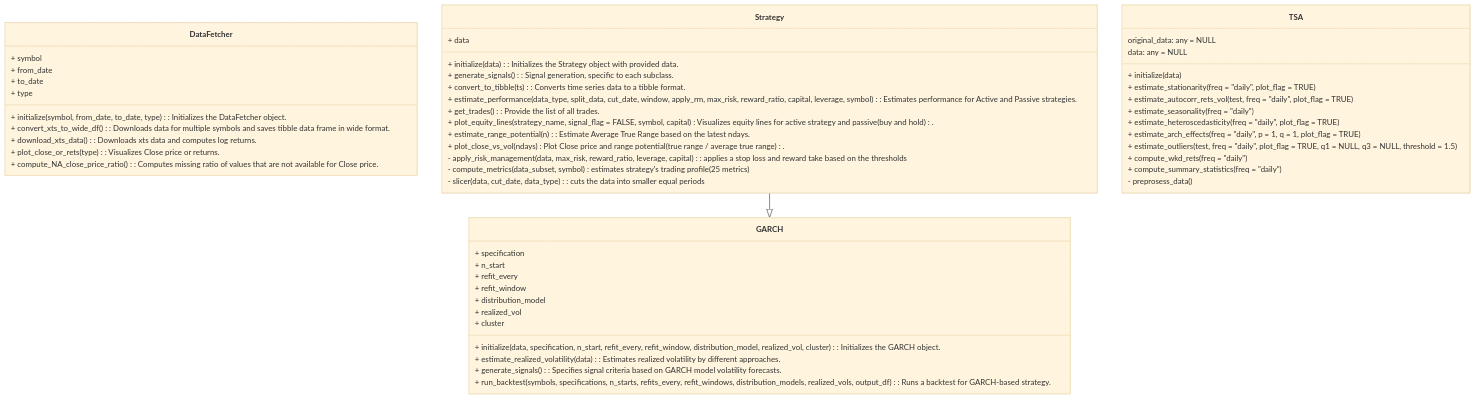
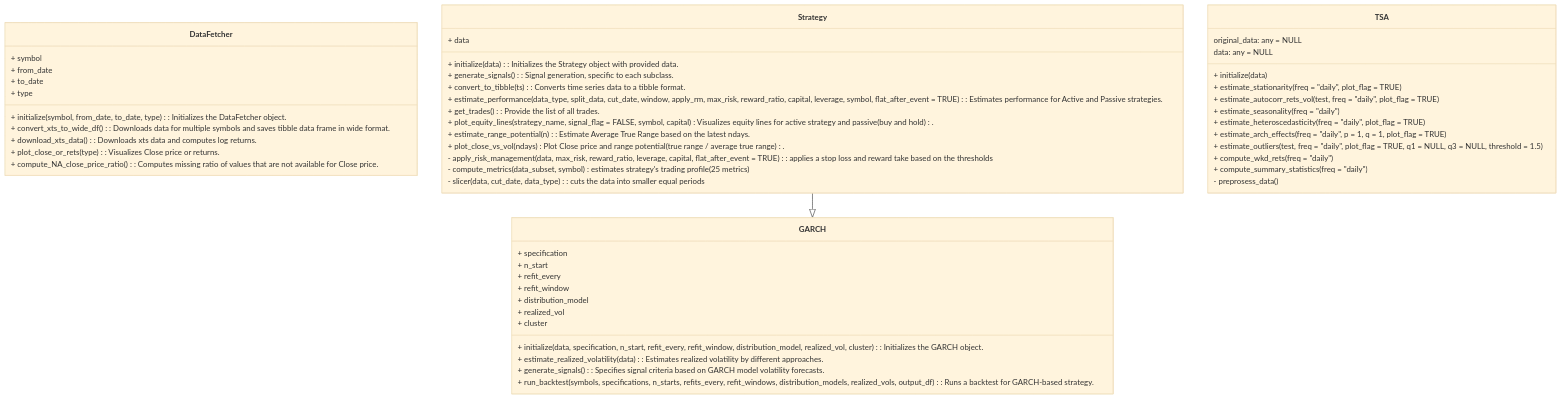
One commit to kraif999/ATS changed the second of 2 diagrams in README.md. Above: the diagram before and after it, drawn with Mermaid (base theme). The commit also changed other lines of this file and 7 other files, not shown here.

Commit message:
Update of apply_risk_management() private method: add flat_after_event function argument (stay flat or re-enter the position after stop loss or profit take event occur; adding this to SMA1 run_backtest() method

````diff
--- a/README.md
+++ b/README.md
@@ -64,61 +65,61 @@
 ```mermaid
 classDiagram
 
    class DataFetcher {
         + symbol
         + from_date
         + to_date
         + type
         + initialize(symbol, from_date, to_date, type): Initializes the DataFetcher object.
         + convert_xts_to_wide_df(): Downloads data for multiple symbols and saves tibble data frame in wide format.
         + download_xts_data(): Downloads xts data and computes log returns.
         + plot_close_or_rets(type): Visualizes Close price or returns.
         + compute_NA_close_price_ratio(): Computes missing ratio of values that are not available for Close price.
     }
     class Strategy {
         + data
         + initialize(data) : Initializes the Strategy object with provided data.
         + generate_signals() : Signal generation, specific to each subclass.
         + convert_to_tibble(ts) : Converts time series data to a tibble format.
-        + estimate_performance(data_type, split_data, cut_date, window, apply_rm, max_risk, reward_ratio, capital, leverage, symbol) : Estimates performance for Active and Passive strategies.
+        + estimate_performance(data_type, split_data, cut_date, window, apply_rm, max_risk, reward_ratio, capital, leverage, symbol, flat_after_event = TRUE) : Estimates performance for Active and Passive strategies.
         + get_trades() : Provide the list of all trades.
         + plot_equity_lines(strategy_name, signal_flag = FALSE, symbol, capital) : Visualizes equity lines for active strategy and passive (buy and hold).
         + estimate_range_potential(n) : Estimate Average True Range based on the latest ndays.
         + plot_close_vs_vol(ndays) : Plot Close price and range potential (true range / average true range).
-        - apply_risk_management(data, max_risk, reward_ratio, leverage, capital) : applies a stop loss and reward take based on the thresholds
+        - apply_risk_management(data, max_risk, reward_ratio, leverage, capital, flat_after_event = TRUE) : applies a stop loss and reward take based on the thresholds
         - compute_metrics(data_subset, symbol) : estimates strategy's trading profile (25 metrics)
         - slicer(data, cut_date, data_type) : cuts the data into smaller equal periods
     }
 
     class TSA {
         original_data: any = NULL
         data: any = NULL
         + initialize(data)
         + estimate_stationarity(freq = "daily", plot_flag = TRUE)
         + estimate_autocorr_rets_vol(test, freq = "daily", plot_flag = TRUE)
         + estimate_seasonality(freq = "daily")
         + estimate_heteroscedasticity(freq = "daily", plot_flag = TRUE)
         + estimate_arch_effects(freq = "daily", p = 1, q = 1, plot_flag = TRUE)
         + estimate_outliers(test, freq = "daily", plot_flag = TRUE, q1 = NULL, q3 = NULL, threshold = 1.5)
         + compute_wkd_rets(freq = "daily")
         + compute_summary_statistics(freq = "daily")
         - preprosess_data()
     }
 
     class GARCH {
         + specification
         + n_start
         + refit_every
         + refit_window
         + distribution_model
         + realized_vol
         + cluster
         + initialize(data, specification, n_start, refit_every, refit_window, distribution_model, realized_vol, cluster) : Initializes the GARCH object.
         + estimate_realized_volatility(data) : Estimates realized volatility by different approaches.
         + generate_signals() : Specifies signal criteria based on GARCH model volatility forecasts.
         + run_backtest(symbols, specifications, n_starts, refits_every, refit_windows, distribution_models, realized_vols, output_df) : Runs a backtest for GARCH-based strategy.
     }
 
     Strategy --|> GARCH
     
 ```
````
